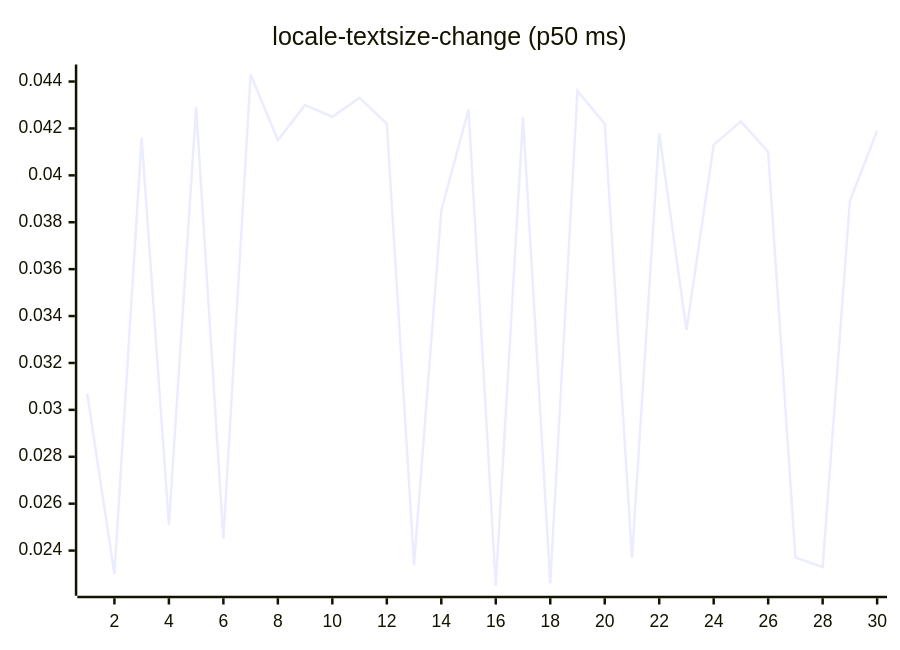
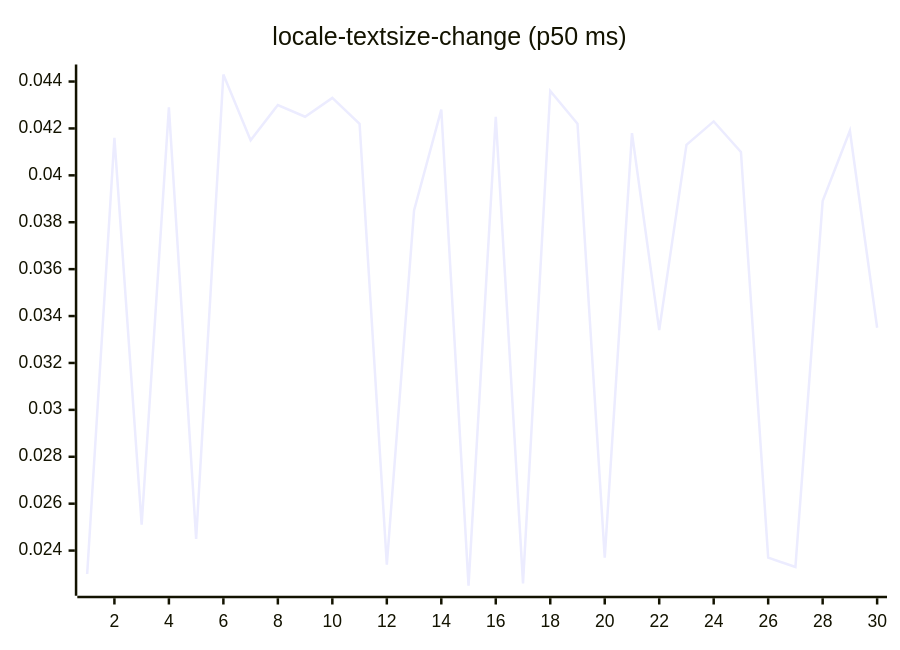
Before and after one commit to josha/Facet: diagram 13 of 27 in README.md, drawn with Mermaid. The commit also changed other lines of this file and 2 other files, not shown here.

````diff
--- a/README.md
+++ b/README.md
@@ -147,6 +147,6 @@
 ```mermaid
 xychart-beta
     title "locale-textsize-change (p50 ms)"
     x-axis 1 --> 30
-    line [0.0307, 0.0230, 0.0416, 0.0251, 0.0429, 0.0245, 0.0443, 0.0415, 0.0430, 0.0425, 0.0433, 0.0422, 0.0234, 0.0385, 0.0428, 0.0225, 0.0425, 0.0226, 0.0436, 0.0422, 0.0237, 0.0418, 0.0334, 0.0413, 0.0423, 0.0410, 0.0237, 0.0233, 0.0389, 0.0419]
+    line [0.0230, 0.0416, 0.0251, 0.0429, 0.0245, 0.0443, 0.0415, 0.0430, 0.0425, 0.0433, 0.0422, 0.0234, 0.0385, 0.0428, 0.0225, 0.0425, 0.0226, 0.0436, 0.0422, 0.0237, 0.0418, 0.0334, 0.0413, 0.0423, 0.0410, 0.0237, 0.0233, 0.0389, 0.0419, 0.0335]
 ```
````
